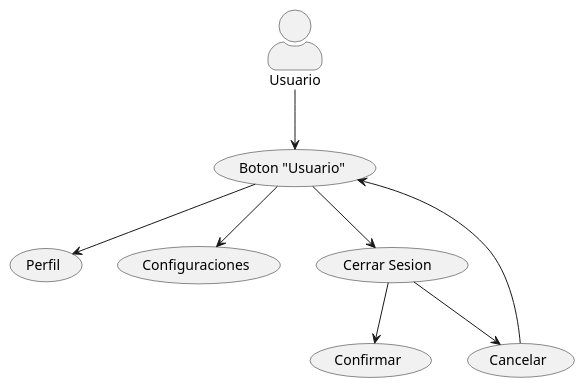
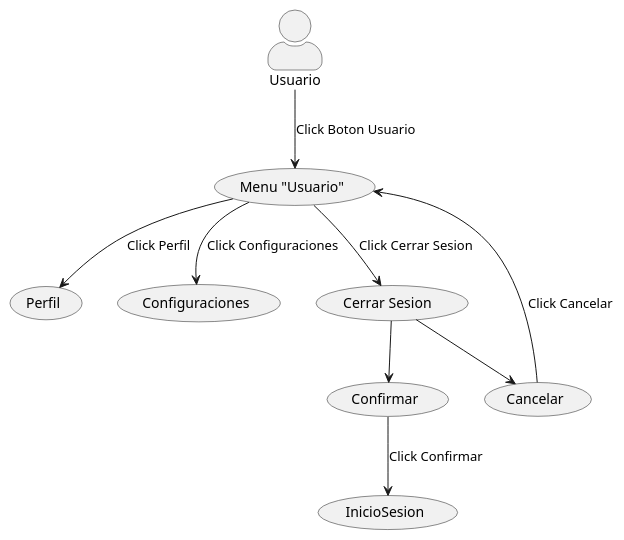
Before and after one commit to DDSlayer64/Casos-Uso: the diagram in Usu-1.puml, drawn with PlantUML. The commit also changed 6 other files, not shown here.

```diff
--- a/Usu-1.puml
+++ b/Usu-1.puml
@@ -1,21 +1,23 @@
 @startuml CasosDeUso
 skinparam actorStyle awesome
 
 :Usuario: as usuario 
-(Boton "Usuario") as usu
-(Perfil) as inicio 
+(Menu "Usuario") as usu
+(Perfil) as per 
 (Configuraciones) as conf
 (Cerrar Sesion ) as cs
 (Confirmar) as confirmar
 (Cancelar) as cancelar
+(InicioSesion) as Inicio
 
-usuario --> usu 
-usu --> inicio
-usu --> conf
-usu --> cs
-cs --> confirmar
-cs --> cancelar
-cancelar --> usu
+usuario --> usu :Click Boton Usuario
+usu --> per :Click Perfil 
+usu --> conf :Click Configuraciones
+usu --> cs :Click Cerrar Sesion 
+cs --> confirmar 
+cs --> cancelar 
+cancelar --> usu :Click Cancelar
+confirmar --> Inicio :Click Confirmar
 
 
 @enduml
```
